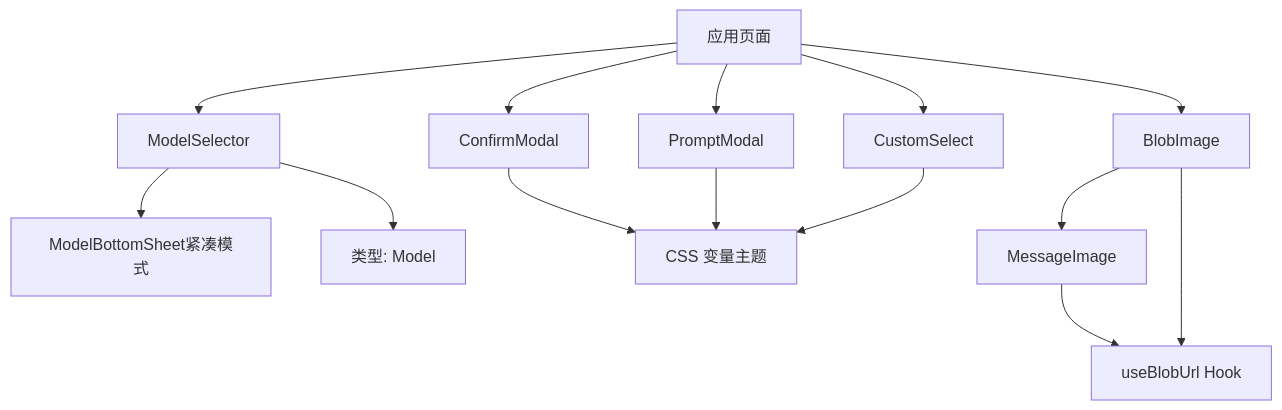
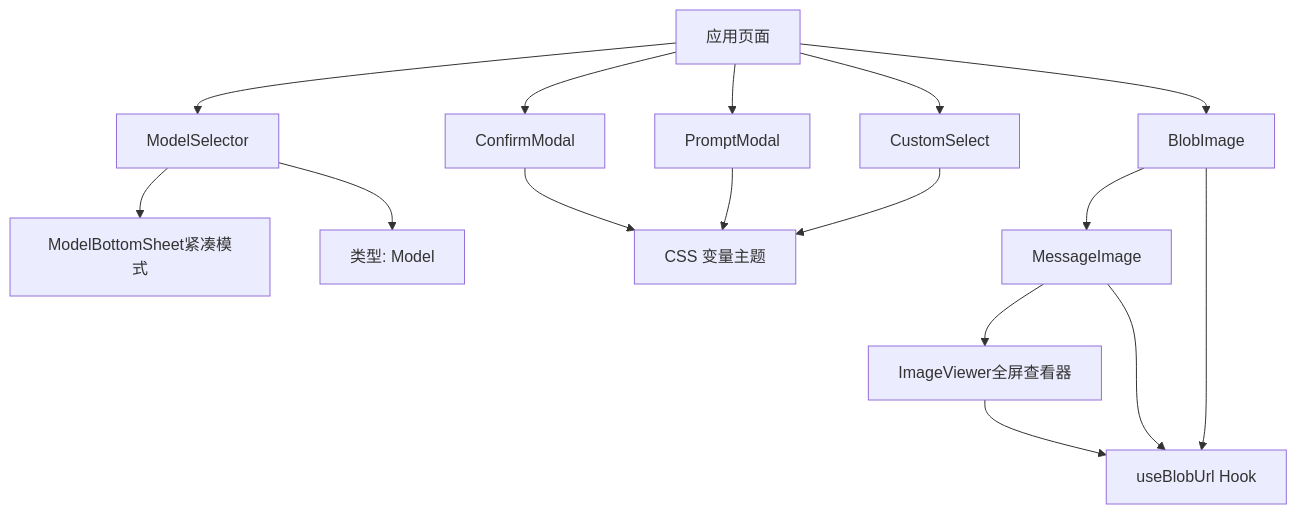
Before and after one commit to billye220670/AIShop: the first of 3 diagrams in .qoder/repowiki/zh/content/架构设计/组件架构设计/通用组件库.md, drawn with Mermaid. The commit also changed other lines of this file and 40 other files, not shown here.

````diff
--- a/.qoder/repowiki/zh/content/架构设计/组件架构设计/通用组件库.md
+++ b/.qoder/repowiki/zh/content/架构设计/组件架构设计/通用组件库.md
@@ -41,16 +45,18 @@
 ```mermaid
 graph TB
 A["应用页面"] --> B["ModelSelector"]
 B --> C["ModelBottomSheet紧凑模式"]
 A --> D["ConfirmModal"]
 A --> E["PromptModal"]
 A --> F["CustomSelect"]
 A --> G["BlobImage"]
 G --> H["MessageImage"]
-B --> I["类型: Model"]
-D --> J["CSS 变量主题"]
-E --> J
-F --> J
-G --> K["useBlobUrl Hook"]
-H --> K
+H --> I["ImageViewer全屏查看器"]
+B --> J["类型: Model"]
+D --> K["CSS 变量主题"]
+E --> K
+F --> K
+G --> L["useBlobUrl Hook"]
+H --> L
+I --> L
 ```
````
